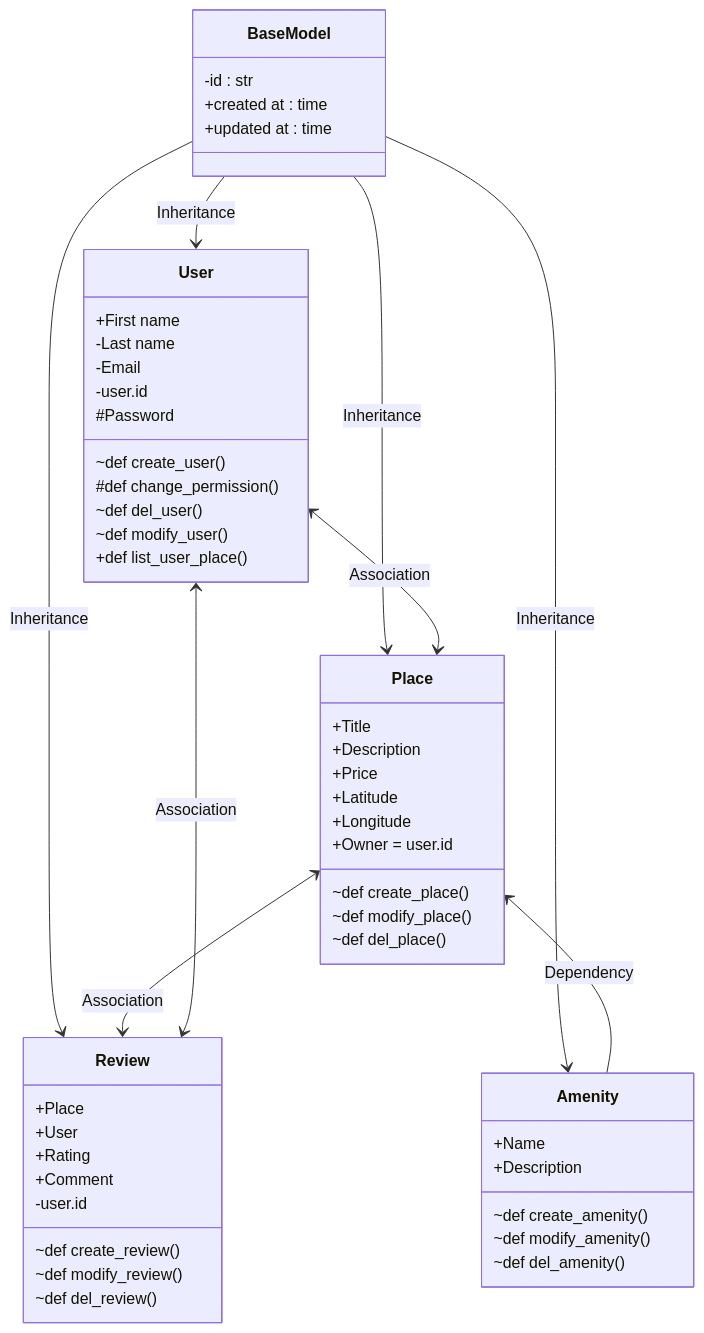
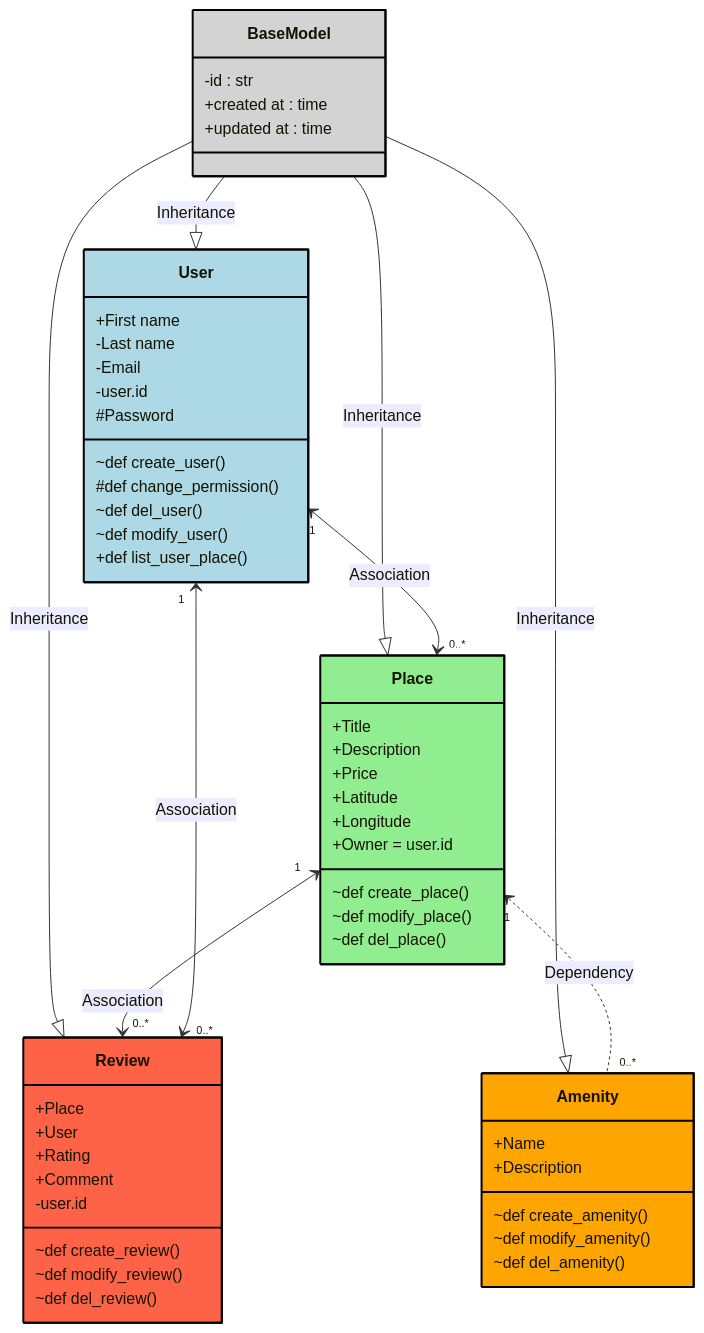
One commit to KillianRipoche/holbertonschool-hbnb changed the diagram in README.md. Above: the diagram before and after it, drawn with Mermaid.

Commit message:
Add color to the classDiagram

````diff
--- a/README.md
+++ b/README.md
@@ -2,57 +2,67 @@
 ```mermaid
 classDiagram
+direction TB
+
 class BaseModel{
 -id : str
 +created at : time
 +updated at : time
 }
 class User{
 +First name
 -Last name
 -Email
 -user.id
 #Password
 ~def create_user()
 #def change_permission()
 ~def del_user()
 ~def modify_user()
 +def list_user_place()
 }
 class Place{
 +Title
 +Description
 +Price
 +Latitude
 +Longitude
 +Owner = user.id
 ~def create_place()
 ~def modify_place()
 ~def del_place()
 }
 class Amenity{
 +Name
 +Description
 ~def create_amenity()
 ~def modify_amenity()
 ~def del_amenity()
 }
 class Review{
 +Place
 +User
 +Rating
 +Comment
 -user.id
 ~def create_review()
 ~def modify_review()
 ~def del_review()
 }
 
-BaseModel --> User : Inheritance
-BaseModel --> Place : Inheritance
-BaseModel --> Amenity : Inheritance
-BaseModel --> Review : Inheritance
-Place <-- Amenity : Dependency
-Place <--> Review : Association
-User <--> Review : Association
-User <--> Place : Association
+BaseModel --|> User : Inheritance
+BaseModel --|> Place : Inheritance
+BaseModel --|> Amenity : Inheritance
+BaseModel --|> Review : Inheritance
+
+Place "1" <.. "0..*" Amenity : Dependency
+
+Place "1" <--> "0..*" Review : Association
+User "1" <--> "0..*" Review : Association
+User "1" <--> "0..*" Place : Association
+
+style BaseModel fill:#d3d3d3,stroke:#000,stroke-width:2px;
+style User fill:#ADD8E6,stroke:#000,stroke-width:2px;
+style Place fill:#90EE90,stroke:#000,stroke-width:2px;
+style Amenity fill:#FFA500,stroke:#000,stroke-width:2px;
+style Review fill:#FF6347,stroke:#000,stroke-width:2px;
 ```
````
